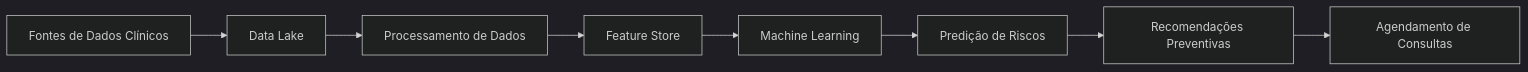
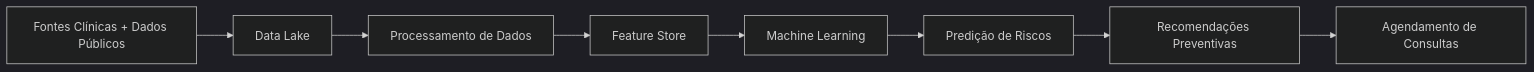
One commit to ccps1-care-predict/care-plus-ccps1 changed the second of 2 diagrams in ARQUITETURA DE DADOS.md. Above: the diagram before and after it, drawn with Mermaid (dark theme). The commit also changed other lines of this file, not shown here.

Commit message:
doc: arq de dados

````diff
--- a/ARQUITETURA DE DADOS.md
+++ b/ARQUITETURA DE DADOS.md
@@ -357,20 +473,20 @@
 ```mermaid
 flowchart LR
 
-A[Fontes de Dados Clínicos]
+A[Fontes Clínicas + Dados Públicos]
 B[Data Lake]
 C[Processamento de Dados]
 D[Feature Store]
 E[Machine Learning]
 F[Predição de Riscos]
 G[Recomendações Preventivas]
 H[Agendamento de Consultas]
 
 A --> B
 B --> C
 C --> D
 D --> E
 E --> F
 F --> G
 G --> H
 ```
````
